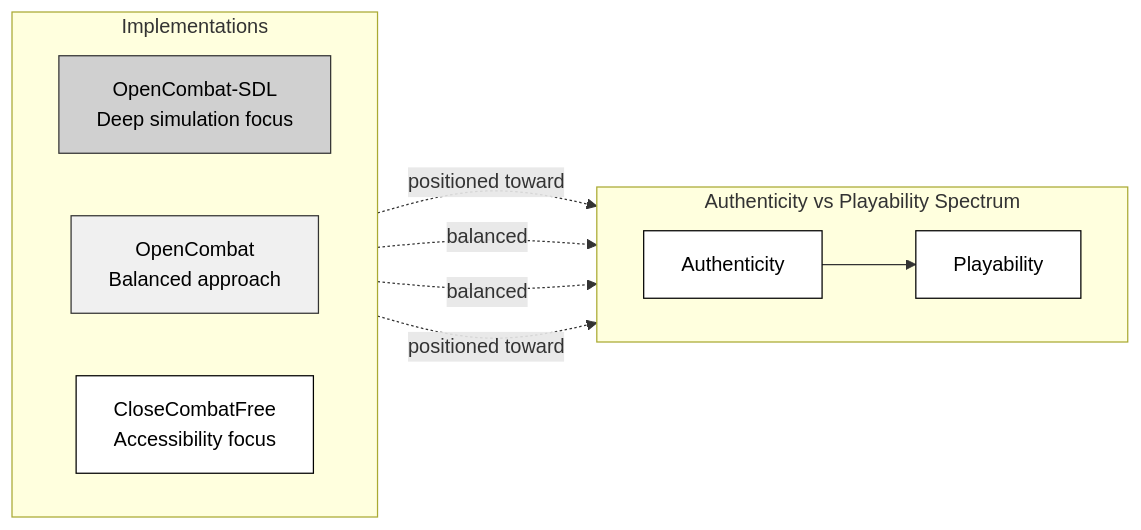
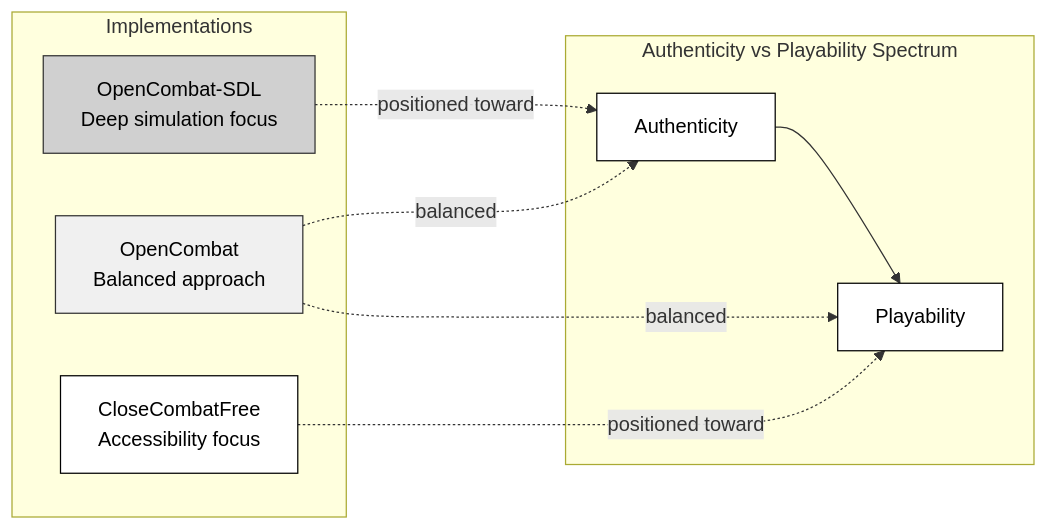
The first of 6 diagrams in chapter_02_architectural_philosophy.md (jukofyork/close-combat-architecture-study), drawn with Mermaid before and after one commit. The commit also changed other lines of this file, not shown here.

````diff
--- a/chapter_02_architectural_philosophy.md
+++ b/chapter_02_architectural_philosophy.md
@@ -48,24 +48,22 @@
 ```mermaid
 flowchart LR
     subgraph Spectrum[Authenticity vs Playability Spectrum]
-        direction LR
         A[Authenticity] --> B[Playability]
     end
     
     subgraph Implementations
-        direction LR
         OCS[OpenCombat-SDL<br>Deep simulation focus]:::medium
         OC[OpenCombat<br>Balanced approach]:::light
         CCF[CloseCombatFree<br>Accessibility focus]:::default
     end
     
     OCS -.->|positioned toward| A
     OC -.->|balanced| A
     OC -.->|balanced| B
     CCF -.->|positioned toward| B
     
     classDef default fill:#fff,stroke:#000,stroke-width:1px,color:#000
     classDef light fill:#f0f0f0,stroke:#333,stroke-width:1px,color:#000
     classDef medium fill:#d0d0d0,stroke:#333,stroke-width:1px,color:#000
     classDef dark fill:#b0b0b0,stroke:#000,stroke-width:2px,color:#000
 ```
````
